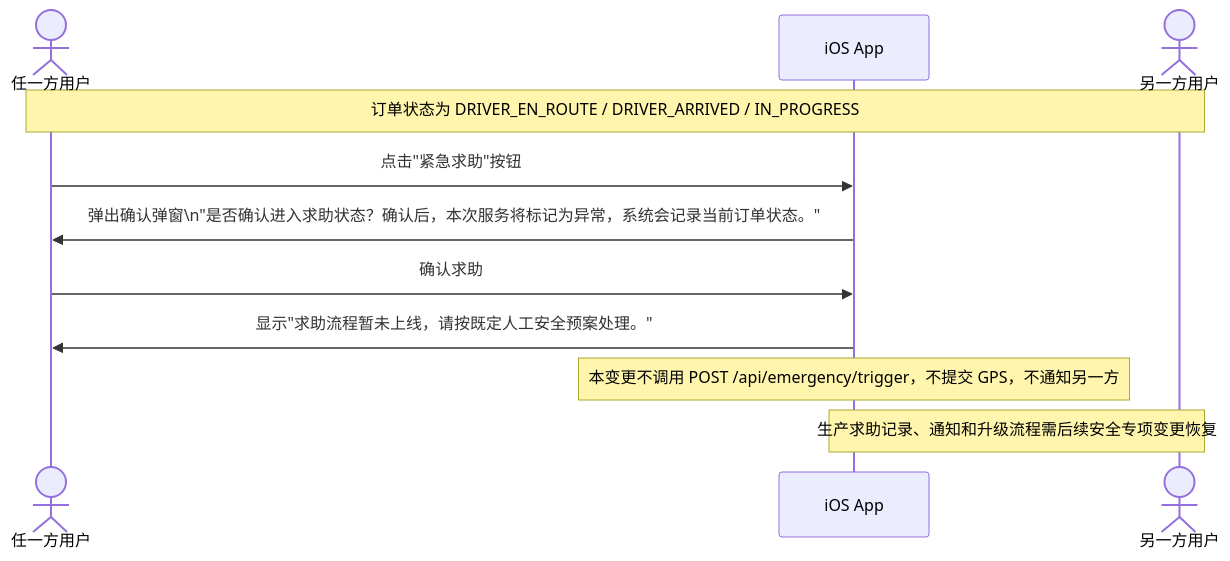
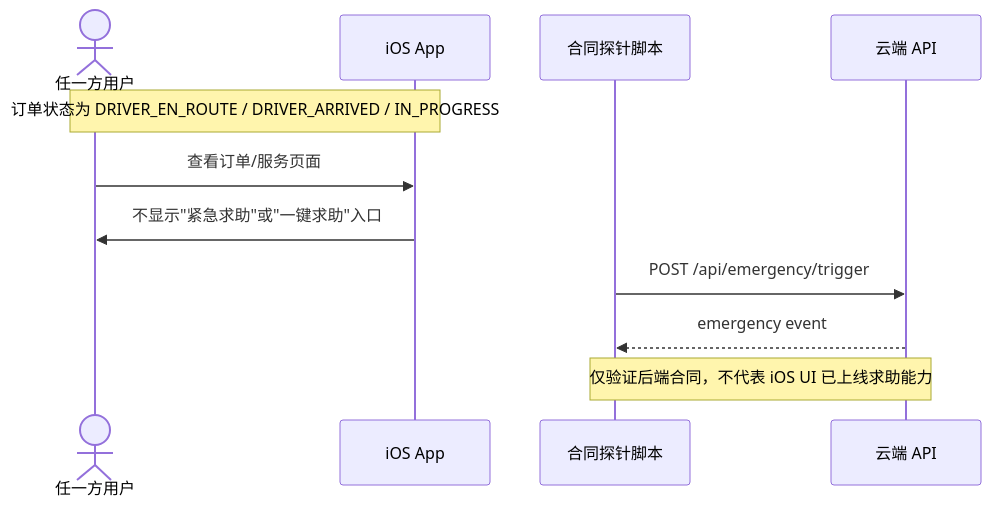
One commit to Jayden23018/blind-run-ios changed the fifth of 7 diagrams in docs/04-user-flows-and-state-machine.md. Above: the diagram before and after it, drawn with Mermaid. The commit also changed other lines of this file and 29 other files, not shown here.

````diff
--- a/docs/04-user-flows-and-state-machine.md
+++ b/docs/04-user-flows-and-state-machine.md
@@ -246,16 +237,16 @@
 ```mermaid
 sequenceDiagram
     actor User as 任一方用户
     participant App as iOS App
-    actor Other as 另一方用户
+    participant Probe as 合同探针脚本
+    participant API as 云端 API
 
-    Note over User,Other: 订单状态为 DRIVER_EN_ROUTE / DRIVER_ARRIVED / IN_PROGRESS
+    Note over User,App: 订单状态为 DRIVER_EN_ROUTE / DRIVER_ARRIVED / IN_PROGRESS
 
-    User->>App: 点击"紧急求助"按钮
-    App->>User: 弹出确认弹窗\n"是否确认进入求助状态？确认后，本次服务将标记为异常，系统会记录当前订单状态。"
-    User->>App: 确认求助
-    App->>User: 显示"求助流程暂未上线，请按既定人工安全预案处理。"
-    Note over App: 本变更不调用 POST /api/emergency/trigger，不提交 GPS，不通知另一方
+    User->>App: 查看订单/服务页面
+    App->>User: 不显示"紧急求助"或"一键求助"入口
 
-    Note over App,Other: 生产求助记录、通知和升级流程需后续安全专项变更恢复
+    Probe->>API: POST /api/emergency/trigger
+    API-->>Probe: emergency event
+    Note over Probe,API: 仅验证后端合同，不代表 iOS UI 已上线求助能力
 ```
````
